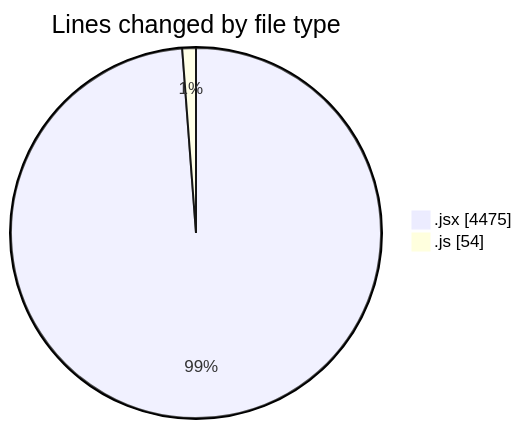
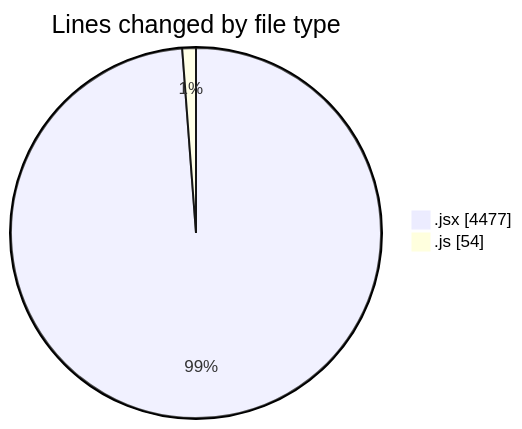
One commit to nxtqubesakshisongat/code-tracking changed the first of 2 diagrams in 2025-06-25/nxtqube_webapp/README.md. Above: the diagram before and after it, drawn with Mermaid. The commit also changed other lines of this file and 1 other file, not shown here.

````diff
--- a/2025-06-25/nxtqube_webapp/README.md
+++ b/2025-06-25/nxtqube_webapp/README.md
@@ -24,6 +24,6 @@
 ```mermaid
 pie showData
 title Lines changed by file type
-".jsx" : 4475
+".jsx" : 4477
 ".js" : 54
 ```
````
